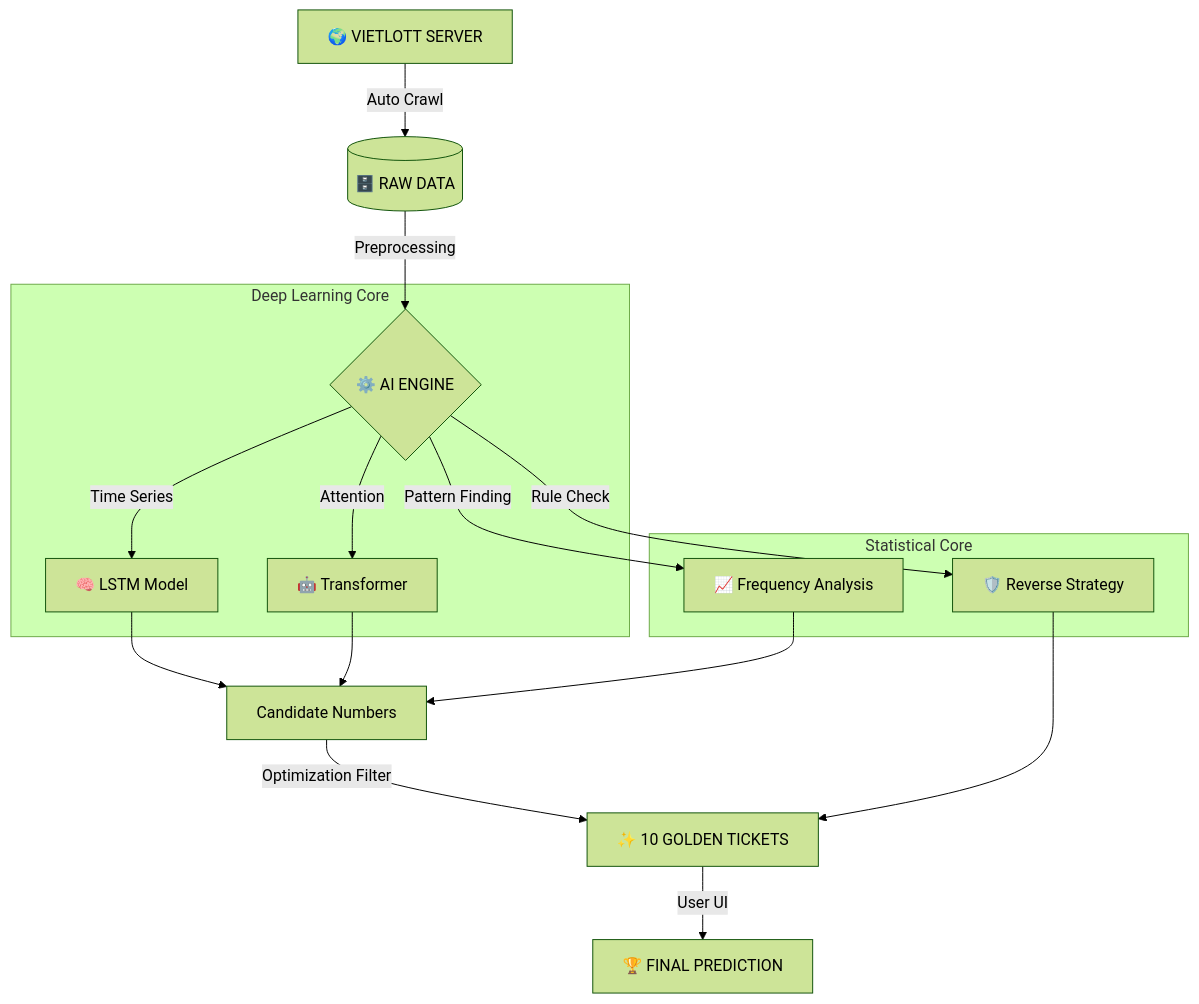
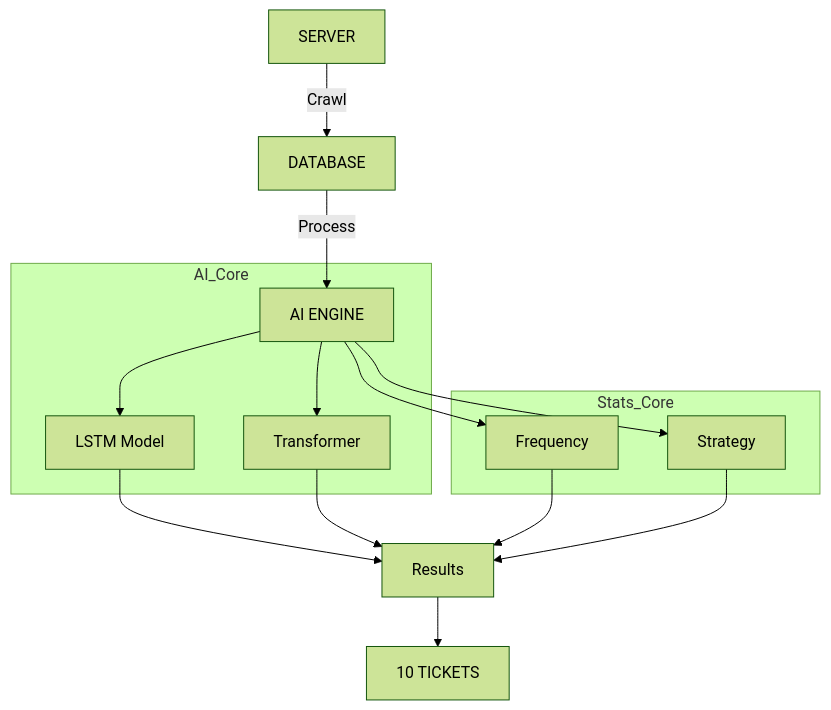
Before and after one commit to vandang890615/vietlott: the diagram in readme.md, drawn with Mermaid (forest theme). The commit also changed other lines of this file, not shown here.

Commit message:
docs: Fix README indentation and simplify chart labels

````diff
--- a/readme.md
+++ b/readme.md
@@ -50,23 +48,22 @@
 ```mermaid
 graph TD
-    A[🌍 VIETLOTT SERVER] -->|Auto Crawl| B[(🗄️ RAW DATA)]
-    B -->|Preprocessing| C{⚙️ AI ENGINE}
+    A[SERVER] -->|Crawl| B[DATABASE]
+    B -->|Process| C[AI ENGINE]
     
-    subgraph "Deep Learning Core"
-    C -->|Time Series| D[🧠 LSTM Model]
-    C -->|Attention| E[🤖 Transformer]
+    subgraph AI_Core
+    C --> D[LSTM Model]
+    C --> E[Transformer]
     end
     
-    subgraph "Statistical Core"
-    C -->|Pattern Finding| F[📈 Frequency Analysis]
-    C -->|Rule Check| G[🛡️ Reverse Strategy]
+    subgraph Stats_Core
+    C --> F[Frequency]
+    C --> G[Strategy]
     end
     
-    D --> H[Candidate Numbers]
+    D --> H[Results]
     E --> H
     F --> H
+    G --> H
     
-    H -->|Optimization Filter| I[✨ 10 GOLDEN TICKETS]
-    G --> I
-    I -->|User UI| J[🏆 FINAL PREDICTION]
+    H --> I[10 TICKETS]
 ```
````
